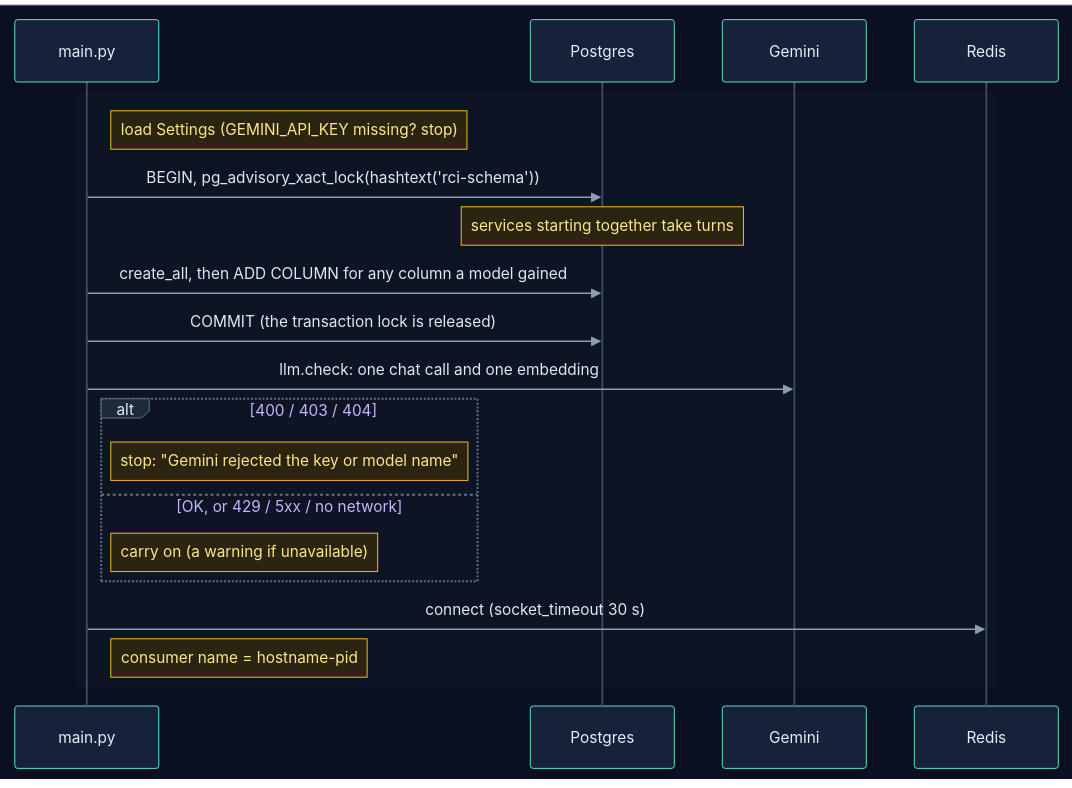
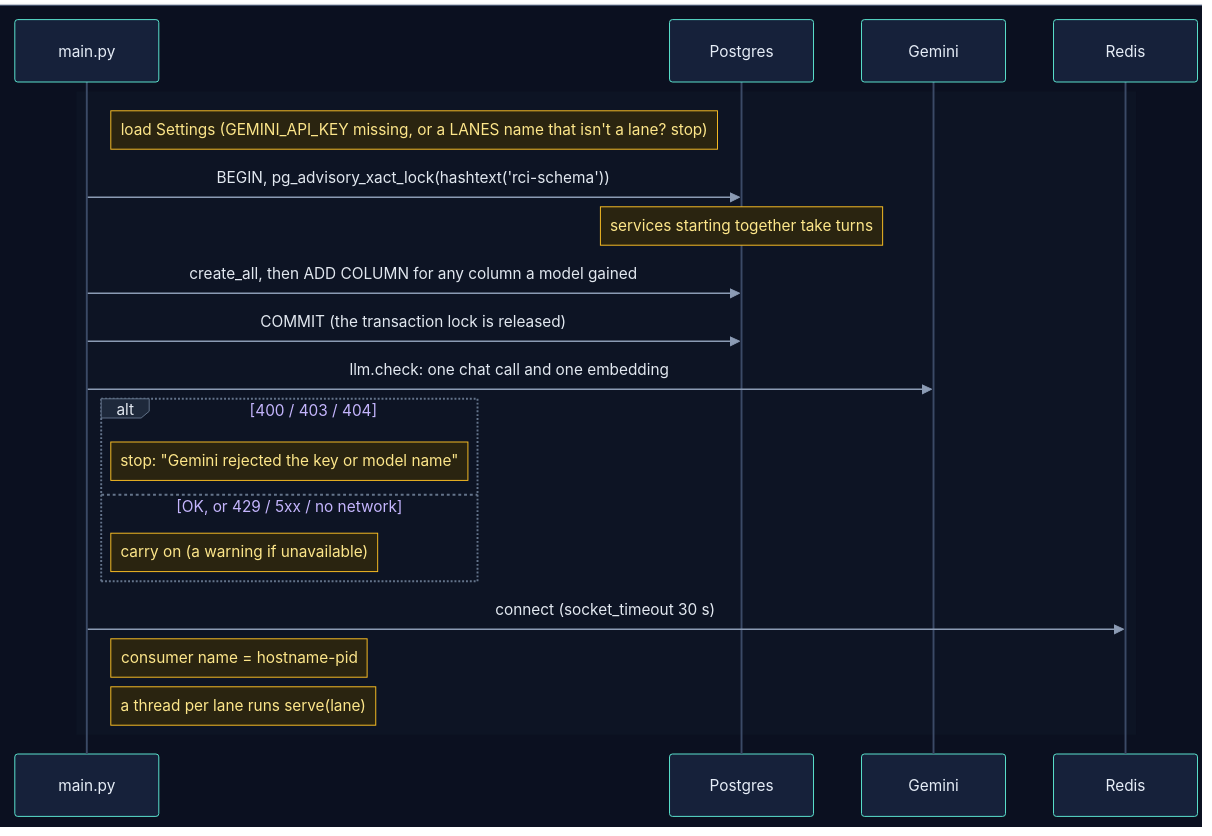
One commit to selvakumarperumal/Regulatory_Circular_Impact_Agent changed diagram 29 of 45 in backend/worker/INTERNALS.md. Above: the diagram before and after it, drawn with Mermaid. The commit also changed other lines of this file and 7 other files, not shown here.

````diff
--- a/backend/worker/INTERNALS.md
+++ b/backend/worker/INTERNALS.md
@@ -1614,26 +1654,27 @@
 ```mermaid
 %%{init: {"theme": "base", "sequence": {"diagramMarginX": 0, "diagramMarginY": 0}, "themeVariables": {"darkMode": true, "primaryColor": "#16213a", "primaryTextColor": "#e6edf7", "primaryBorderColor": "#475a7a", "lineColor": "#8b9bb4", "secondaryColor": "#1b2436", "tertiaryColor": "#101a2e", "edgeLabelBackground": "#0f172a", "textColor": "#e2e8f0", "actorBkg": "#16213a", "actorBorder": "#5eead4", "actorTextColor": "#e6edf7", "actorLineColor": "#3b4a66", "signalColor": "#8b9bb4", "signalTextColor": "#e2e8f0", "noteBkgColor": "#2a2410", "noteBorderColor": "#fbbf24", "noteTextColor": "#fde68a", "labelBoxBkgColor": "#1e293b", "labelBoxBorderColor": "#64748b", "labelTextColor": "#e2e8f0", "loopTextColor": "#c4b5fd", "sequenceNumberColor": "#0b1020", "activationBkgColor": "#1e293b"}}}%%
 sequenceDiagram
     box rgb(11, 16, 32)
         participant M as main.py
         participant PG as Postgres
         participant G as Gemini
         participant R as Redis
     end
 
     rect rgb(13, 20, 36)
-        Note right of M: load Settings (GEMINI_API_KEY missing? stop)
+        Note right of M: load Settings (GEMINI_API_KEY missing, or a LANES name that isn't a lane? stop)
         M->>PG: BEGIN, pg_advisory_xact_lock(hashtext('rci-schema'))
         Note over PG: services starting together take turns
         M->>PG: create_all, then ADD COLUMN for any column a model gained
         M->>PG: COMMIT (the transaction lock is released)
         M->>G: llm.check: one chat call and one embedding
         alt 400 / 403 / 404
             Note right of M: stop: "Gemini rejected the key or model name"
         else OK, or 429 / 5xx / no network
             Note right of M: carry on (a warning if unavailable)
         end
         M->>R: connect (socket_timeout 30 s)
         Note right of M: consumer name = hostname-pid
+        Note right of M: a thread per lane runs serve(lane)
     end
 ```
````
